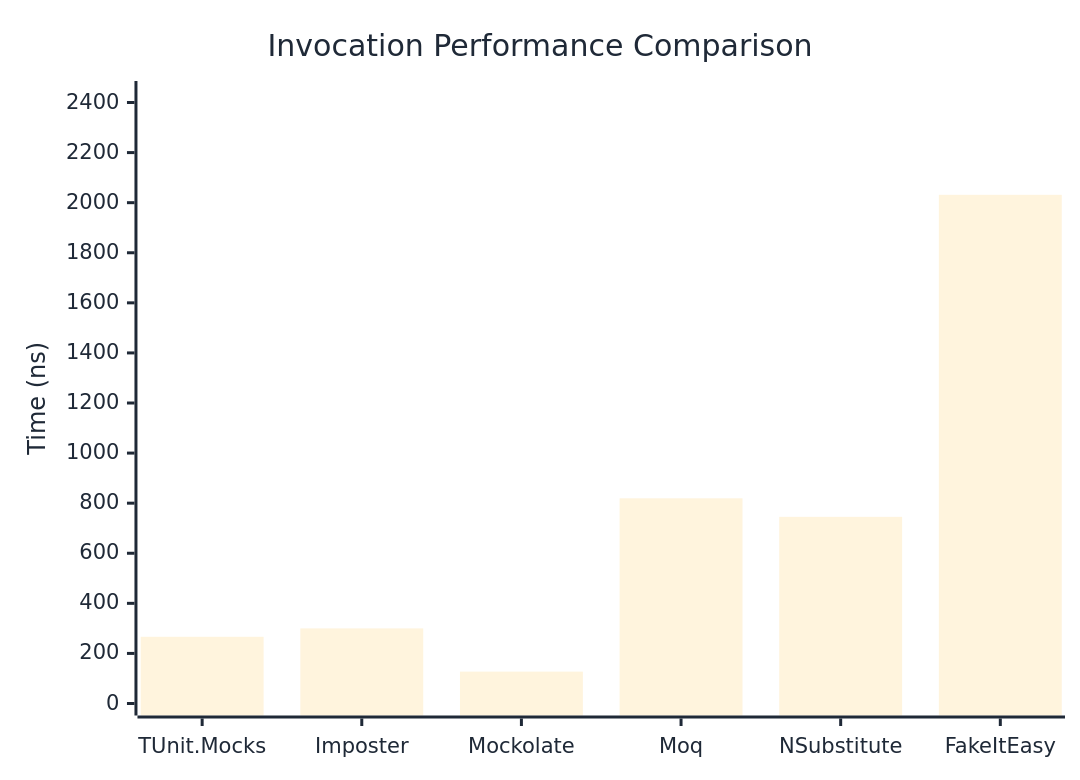
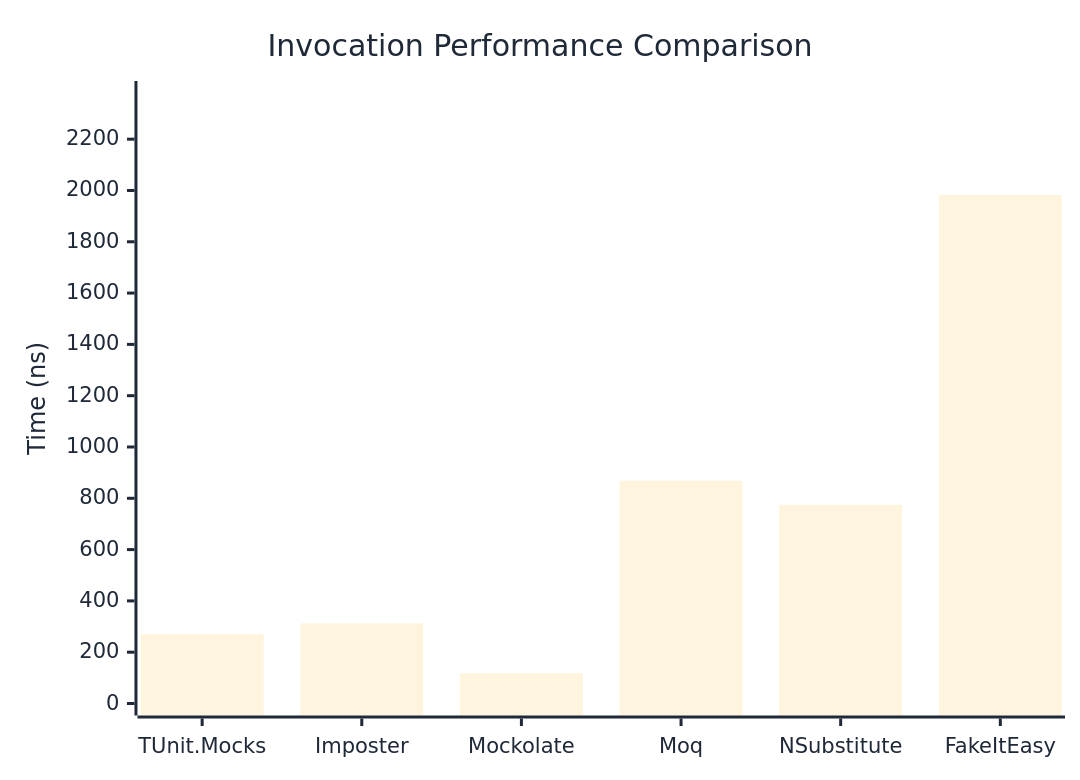
Before and after one commit to thomhurst/TUnit: the first of 3 diagrams in docs/docs/benchmarks/mocks/Invocation.md, drawn with Mermaid. The commit also changed other lines of this file and 14 other files, not shown here.

````diff
--- a/docs/docs/benchmarks/mocks/Invocation.md
+++ b/docs/docs/benchmarks/mocks/Invocation.md
@@ -28,27 +28,27 @@
 ```mermaid
 %%{init: {
   'theme':'base',
   'themeVariables': {
     'primaryColor': '#2563eb',
     'primaryTextColor': '#1f2937',
     'primaryBorderColor': '#1e40af',
     'lineColor': '#6b7280',
     'secondaryColor': '#7c3aed',
     'tertiaryColor': '#dc2626',
     'background': '#ffffff',
     'pie1': '#2563eb',
     'pie2': '#7c3aed',
     'pie3': '#dc2626',
     'pie4': '#f59e0b',
     'pie5': '#10b981',
     'pie6': '#06b6d4',
     'pie7': '#ec4899',
     'pie8': '#6366f1'
   }
 }}%%
 xychart-beta
   title "Invocation Performance Comparison"
   x-axis ["TUnit.Mocks", "Imposter", "Mockolate", "Moq", "NSubstitute", "FakeItEasy"]
-  y-axis "Time (ns)" 0 --> 2438
-  bar [266.37, 299.92, 127.28, 819.4, 745.44, 2031.36]
+  y-axis "Time (ns)" 0 --> 2380
+  bar [270.4, 312.3, 118.1, 868.5, 774.5, 1983]
 ```
````
